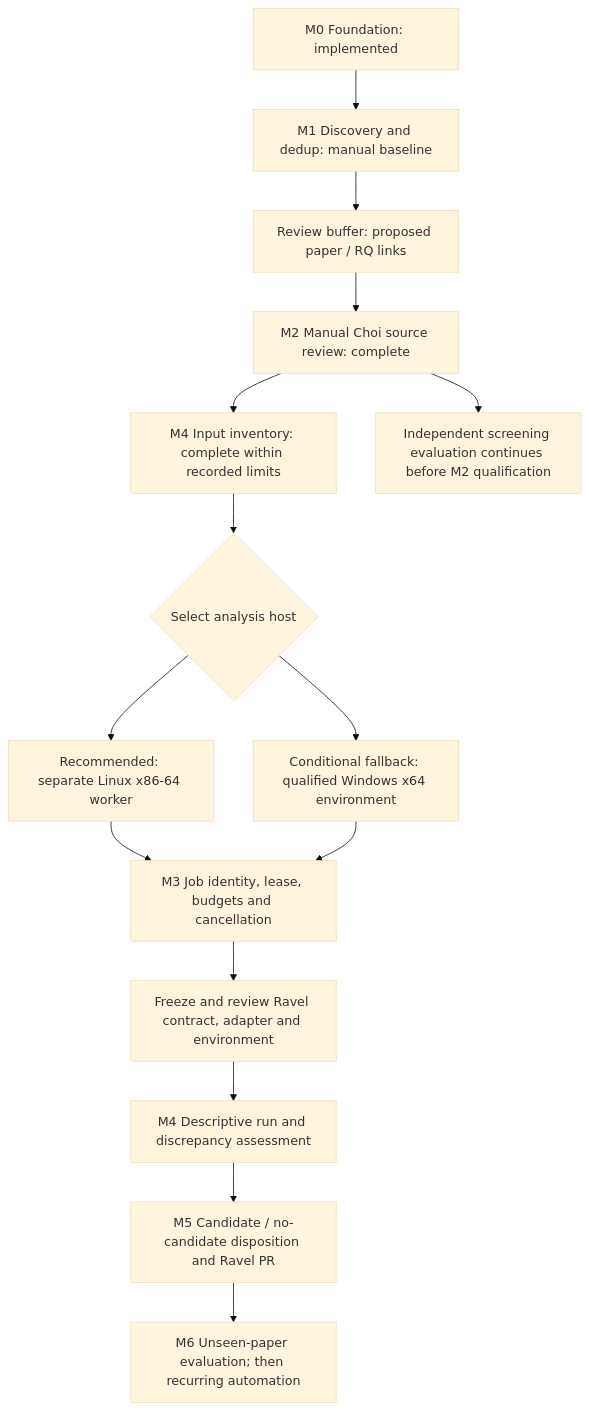
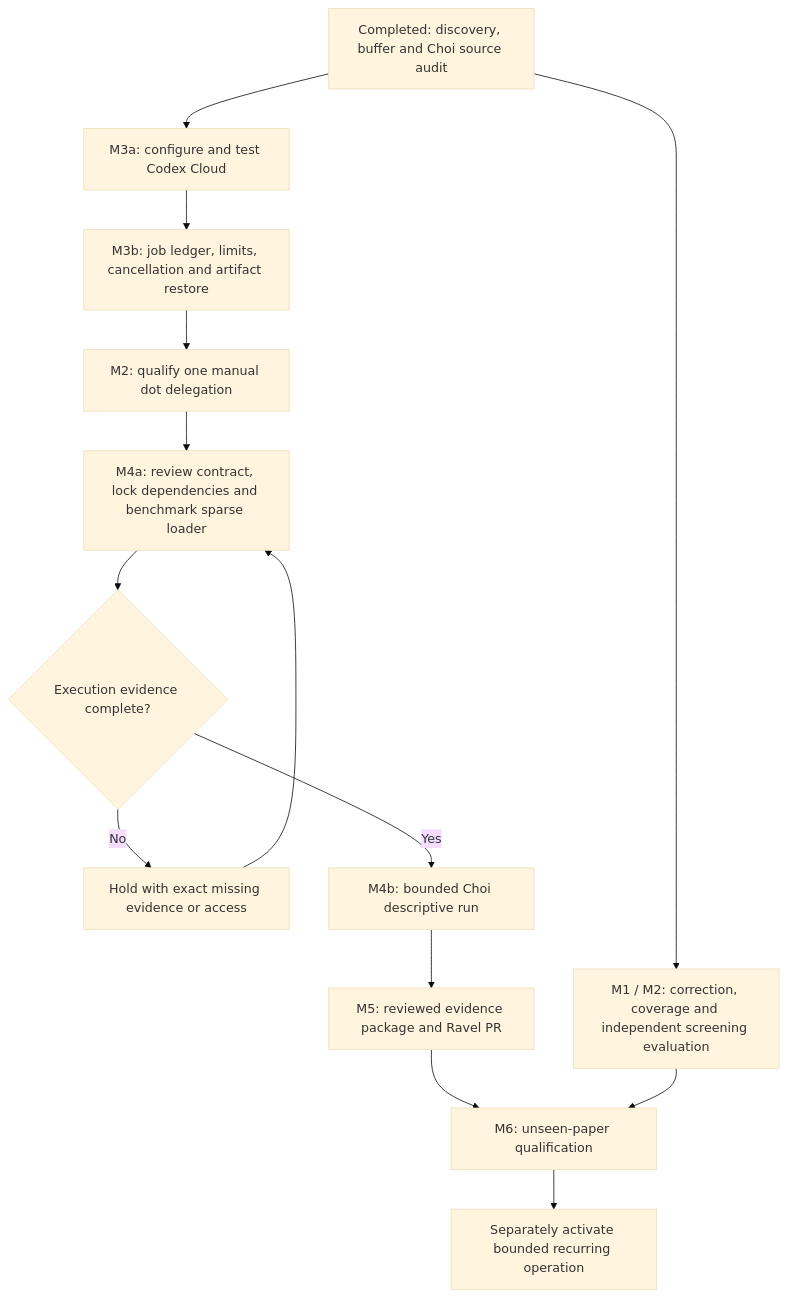
One commit to xorca0711/weft changed the diagram in docs/IMPLEMENTATION_PLAN.md. Above: the diagram before and after it, drawn with Mermaid (base theme). The commit also changed other lines of this file and 10 other files, not shown here.

Commit message:
docs: stage dot coordination and Codex Cloud execution

````diff
--- a/docs/IMPLEMENTATION_PLAN.md
+++ b/docs/IMPLEMENTATION_PLAN.md
@@ -56,17 +54,16 @@
 ```mermaid
 flowchart TD
-    M0["M0 Foundation: implemented"] --> M1["M1 Discovery and dedup: manual baseline"]
-    M1 --> B["Review buffer: proposed paper / RQ links"]
-    B --> M2["M2 Manual Choi source review: complete"]
-    M2 --> Q["M4 Input inventory: complete within recorded limits"]
-    Q --> D{"Select analysis host"}
-    D --> W["Recommended: separate Linux x86-64 worker"]
-    D --> F["Conditional fallback: qualified Windows x64 environment"]
-    W --> M3["M3 Job identity, lease, budgets and cancellation"]
-    F --> M3
-    M3 --> C["Freeze and review Ravel contract, adapter and environment"]
-    C --> R["M4 Descriptive run and discrepancy assessment"]
-    R --> M5["M5 Candidate / no-candidate disposition and Ravel PR"]
-    M5 --> M6["M6 Unseen-paper evaluation; then recurring automation"]
-    M2 --> E["Independent screening evaluation continues before M2 qualification"]
+    B["Completed: discovery, buffer and Choi source audit"] --> C["M3a: configure and test Codex Cloud"]
+    C --> J["M3b: job ledger, limits, cancellation and artifact restore"]
+    J --> D["M2: qualify one manual dot delegation"]
+    D --> K["M4a: review contract, lock dependencies and benchmark sparse loader"]
+    K --> G{"Execution evidence complete?"}
+    G -->|No| H["Hold with exact missing evidence or access"]
+    H --> K
+    G -->|Yes| P["M4b: bounded Choi descriptive run"]
+    P --> R["M5: reviewed evidence package and Ravel PR"]
+    R --> U["M6: unseen-paper qualification"]
+    U --> A["Separately activate bounded recurring operation"]
+    B --> E["M1 / M2: correction, coverage and independent screening evaluation"]
+    E --> U
 ```
````
